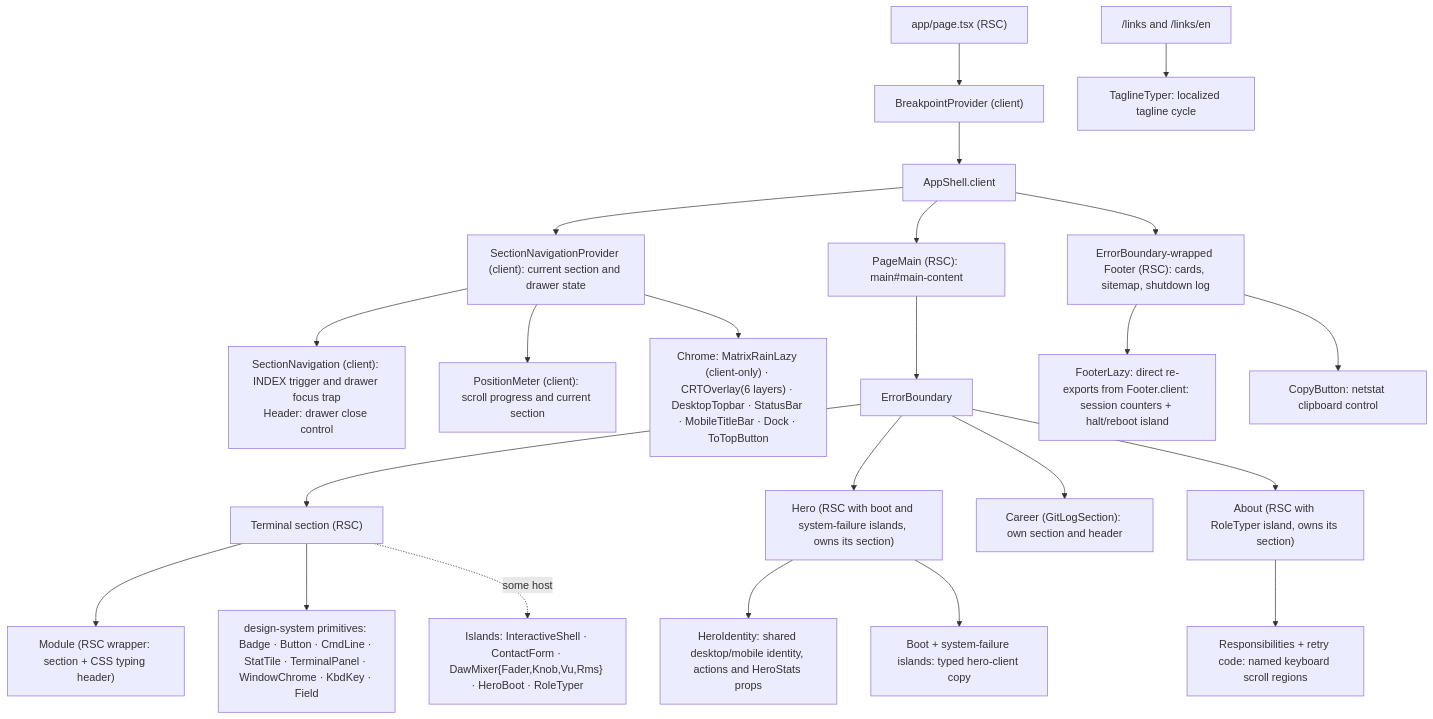
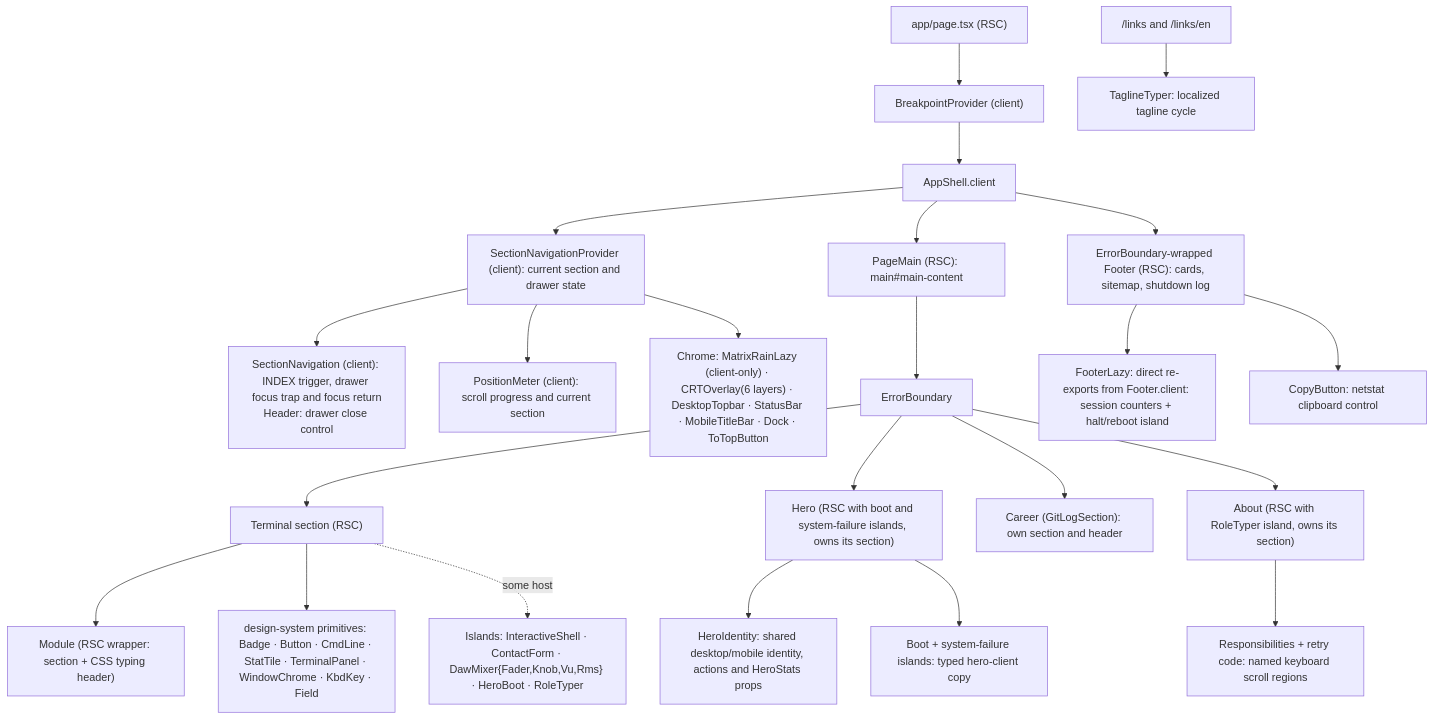
One commit to erikunha/portfolio changed the first of 2 diagrams in docs/04-components-and-state.md. Above: the diagram before and after it, drawn with Mermaid. The commit also changed other lines of this file and 6 other files, not shown here.

First line of the commit message:
fix(nav): return drawer focus to a rendered trigger when the opener is hidden

````diff
--- a/docs/04-components-and-state.md
+++ b/docs/04-components-and-state.md
@@ -26,25 +26,25 @@
 ```mermaid
 flowchart TD
     page["app/page.tsx (RSC)"] --> bp["BreakpointProvider (client)"]
     bp --> shell["AppShell.client"]
     shell --> navigation["SectionNavigationProvider (client): current section and drawer state"]
-    navigation --> rail["SectionNavigation (client): INDEX trigger and drawer focus trap<br/>Header: drawer close control"]
+    navigation --> rail["SectionNavigation (client): INDEX trigger, drawer focus trap and focus return<br/>Header: drawer close control"]
     navigation --> position["PositionMeter (client): scroll progress and current section"]
     navigation --> chrome["Chrome: MatrixRainLazy (client-only) · CRTOverlay(6 layers) · DesktopTopbar · StatusBar · MobileTitleBar · Dock · ToTopButton"]
     shell --> main["PageMain (RSC): main#main-content"]
     main --> eb["ErrorBoundary"]
     eb --> sec["Terminal section (RSC)"]
     sec --> mod["Module (RSC wrapper: section + CSS typing header)"]
     sec --> dsp["design-system primitives: Badge · Button · CmdLine · StatTile · TerminalPanel · WindowChrome · KbdKey · Field"]
     sec -. some host .-> isl["Islands: InteractiveShell · ContactForm · DawMixer{Fader,Knob,Vu,Rms} · HeroBoot · RoleTyper"]
     eb --> hero["Hero (RSC with boot and system-failure islands, owns its section)"]
     hero --> identity["HeroIdentity: shared desktop/mobile identity, actions and HeroStats props"]
     hero --> clientcopy["Boot + system-failure islands: typed hero-client copy"]
     eb --> career["Career (GitLogSection): own section and header"]
     eb --> about["About (RSC with RoleTyper island, owns its section)"]
     about --> scroll["Responsibilities + retry code: named keyboard scroll regions"]
     shell --> fl["ErrorBoundary-wrapped Footer (RSC): cards, sitemap, shutdown log"]
     fl --> fi["FooterLazy: direct re-exports from Footer.client: session counters + halt/reboot island"]
     fl --> fc["CopyButton: netstat clipboard control"]
     links["/links and /links/en"] --> tagline["TaglineTyper: localized tagline cycle"]
 ```
````
